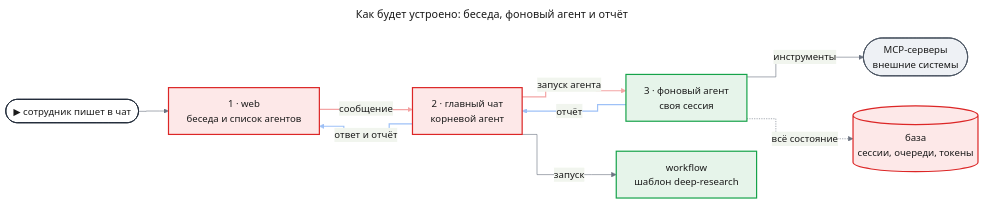
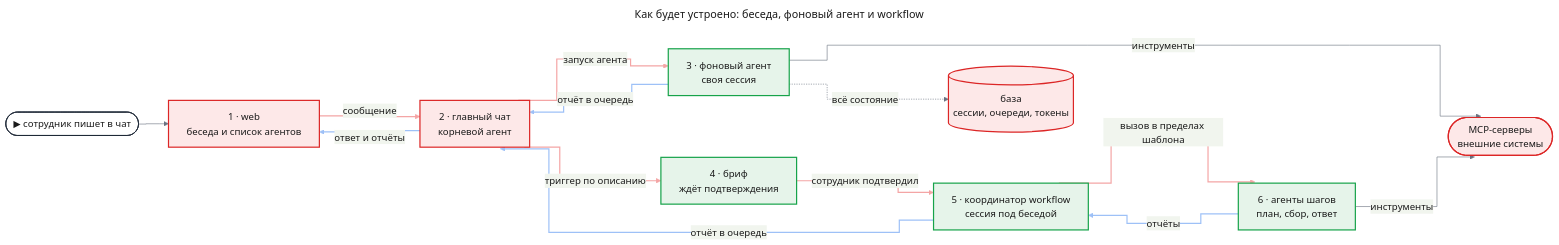
One commit to tundraray/agent-os changed the first of 5 diagrams in docs/features/agent-platform/prd.md. Above: the diagram before and after it, drawn with Mermaid. The commit also changed other lines of this file, not shown here.

Commit message:
docs(agent-platform): add launch by trigger, brief and coordinator workflows to the prd

````diff
--- a/docs/features/agent-platform/prd.md
+++ b/docs/features/agent-platform/prd.md
@@ -47,50 +50,66 @@
 ```mermaid
 ---
-title: "Как будет устроено: беседа, фоновый агент и отчёт"
+title: "Как будет устроено: беседа, фоновый агент и workflow"
 config:
   theme: base
   look: classic
   themeVariables:
     primaryColor: "#eef1f5"
     primaryBorderColor: "#4b5563"
     primaryTextColor: "#1a1a1a"
     lineColor: "#6b7280"
   flowchart:
     curve: step
   themeCSS: |
-    @keyframes lit_ov{0%,22.5%{stroke:#991b1b;stroke-width:6px}25%,100%{stroke:#f4a5a5;stroke-width:2px}}
-    @keyframes litr_ov{0%,22.5%{stroke:#1d4ed8;stroke-width:6px}25%,100%{stroke:#9ec1f7;stroke-width:2px}}
+    @keyframes lit_ov{0%,10%{stroke:#991b1b;stroke-width:6px}11.11%,100%{stroke:#f4a5a5;stroke-width:2px}}
+    @keyframes litr_ov{0%,10%{stroke:#1d4ed8;stroke-width:6px}11.11%,100%{stroke:#9ec1f7;stroke-width:2px}}
 ---
 flowchart LR
     entry(["▶ сотрудник пишет в чат"])
     web["1 · web<br/>беседа и список агентов"]
     chat["2 · главный чат<br/>корневой агент"]
     agent["3 · фоновый агент<br/>своя сессия"]
-    wf["workflow<br/>шаблон deep-research"]
+    brief["4 · бриф<br/>ждёт подтверждения"]
+    wf["5 · координатор workflow<br/>сессия под беседой"]
+    steps["6 · агенты шагов<br/>план, сбор, ответ"]
     mcp(["MCP-серверы<br/>внешние системы"])
     db[("база<br/>сессии, очереди, токены")]
     entry --> web
     web e1@-->|"сообщение"| chat
     chat e2@-->|"запуск агента"| agent
-    agent e3@-->|"отчёт"| chat
-    chat e4@-->|"ответ и отчёт"| web
-    chat -->|"запуск"| wf
+    chat e3@-->|"триггер по описанию"| brief
+    brief e4@-->|"сотрудник подтвердил"| wf
+    wf e5@-->|"вызов в пределах шаблона"| steps
+    steps e6@-->|"отчёты"| wf
+    wf e7@-->|"отчёт в очередь"| chat
+    agent e8@-->|"отчёт в очередь"| chat
+    chat e9@-->|"ответ и отчёты"| web
     agent -->|"инструменты"| mcp
+    steps -->|"инструменты"| mcp
     agent -.->|"всё состояние"| db
     classDef entry fill:#ffffff,stroke:#1f2937,stroke-width:1.5px,color:#1a1a1a
     classDef changed fill:#fde8e8,stroke:#dc2626,stroke-width:2px,color:#1a1a1a
     classDef new fill:#e6f4ea,stroke:#16a34a,stroke-width:2px,color:#1a1a1a
     classDef unchanged fill:#eef1f5,stroke:#4b5563,stroke-width:1.5px,color:#1a1a1a
-    classDef w1 stroke:#f4a5a5,stroke-width:2px,animation:lit_ov 4.8s linear 0s infinite
-    classDef w2 stroke:#f4a5a5,stroke-width:2px,animation:lit_ov 4.8s linear 1.2s infinite
-    classDef r1 stroke:#9ec1f7,stroke-width:2px,animation:litr_ov 4.8s linear 2.4s infinite
-    classDef r2 stroke:#9ec1f7,stroke-width:2px,animation:litr_ov 4.8s linear 3.6s infinite
+    classDef w1 stroke:#f4a5a5,stroke-width:2px,animation:lit_ov 10.8s linear 0s infinite
+    classDef w2 stroke:#f4a5a5,stroke-width:2px,animation:lit_ov 10.8s linear 1.2s infinite
+    classDef w3 stroke:#f4a5a5,stroke-width:2px,animation:lit_ov 10.8s linear 2.4s infinite
+    classDef w4 stroke:#f4a5a5,stroke-width:2px,animation:lit_ov 10.8s linear 3.6s infinite
+    classDef w5 stroke:#f4a5a5,stroke-width:2px,animation:lit_ov 10.8s linear 4.8s infinite
+    classDef r1 stroke:#9ec1f7,stroke-width:2px,animation:litr_ov 10.8s linear 6s infinite
+    classDef r2 stroke:#9ec1f7,stroke-width:2px,animation:litr_ov 10.8s linear 7.2s infinite
+    classDef r3 stroke:#9ec1f7,stroke-width:2px,animation:litr_ov 10.8s linear 8.4s infinite
+    classDef r4 stroke:#9ec1f7,stroke-width:2px,animation:litr_ov 10.8s linear 9.6s infinite
     class entry entry
-    class web,chat,db changed
-    class agent,wf new
-    class mcp unchanged
+    class web,chat,db,mcp changed
+    class agent,brief,wf,steps new
     class e1 w1
     class e2 w2
-    class e3 r1
-    class e4 r2
+    class e3 w3
+    class e4 w4
+    class e5 w5
+    class e6 r1
+    class e7 r2
+    class e8 r3
+    class e9 r4
 ```
````
